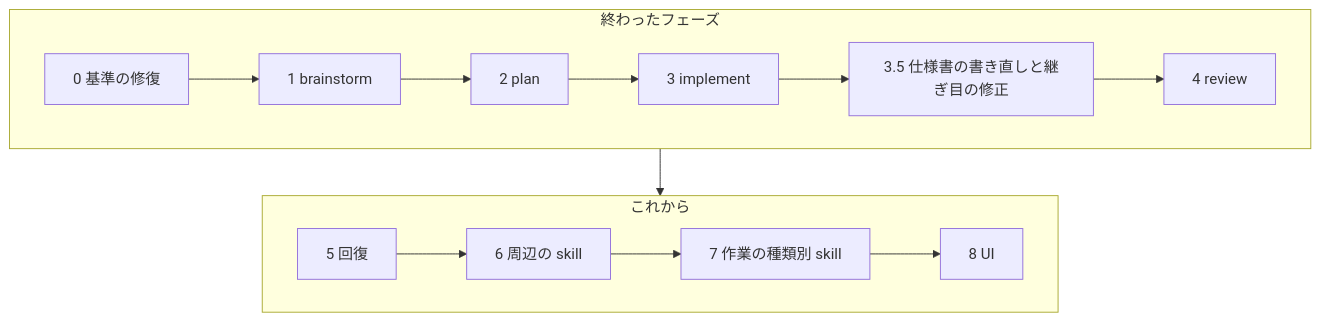
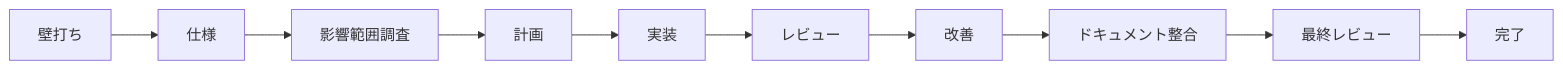
One commit to ba0918/agentic-workflow changed the diagram in ROADMAP.md. Above: the diagram before and after it, drawn with Mermaid. The commit also changed other lines of this file, not shown here.

First line of the commit message:
docs: ROADMAP を実測で作り直し、無い駅を立てて順序を組み替える

````diff
--- a/ROADMAP.md
+++ b/ROADMAP.md
@@ -19,12 +21,12 @@
 ```mermaid
-flowchart TD
-    subgraph done [終わったフェーズ]
-        direction LR
-        P0[0 基準の修復] --> P1[1 brainstorm] --> P2[2 plan] --> P3[3 implement] --> P35[3.5 仕様書の書き直しと継ぎ目の修正] --> P4[4 review]
-    end
-    subgraph next [これから]
-        direction LR
-        P5[5 回復] --> P6[6 周辺の skill] --> P7[7 作業の種類別 skill] --> P8[8 UI]
-    end
-    P4 --> P5
+flowchart LR
+    A[壁打ち] --> B[仕様]
+    B --> C[影響範囲調査]
+    C --> D[計画]
+    D --> E[実装]
+    E --> F[レビュー]
+    F --> G[改善]
+    G --> H[ドキュメント整合]
+    H --> I[最終レビュー]
+    I --> J[完了]
 ```
````
